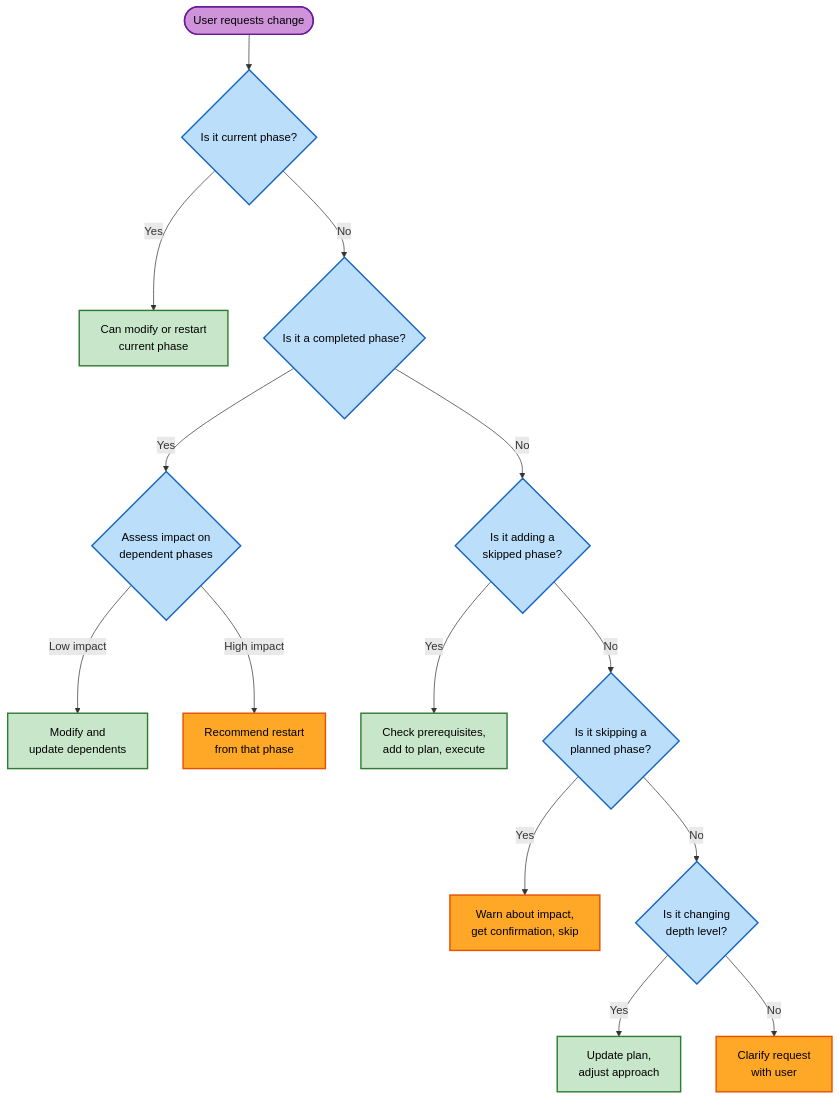
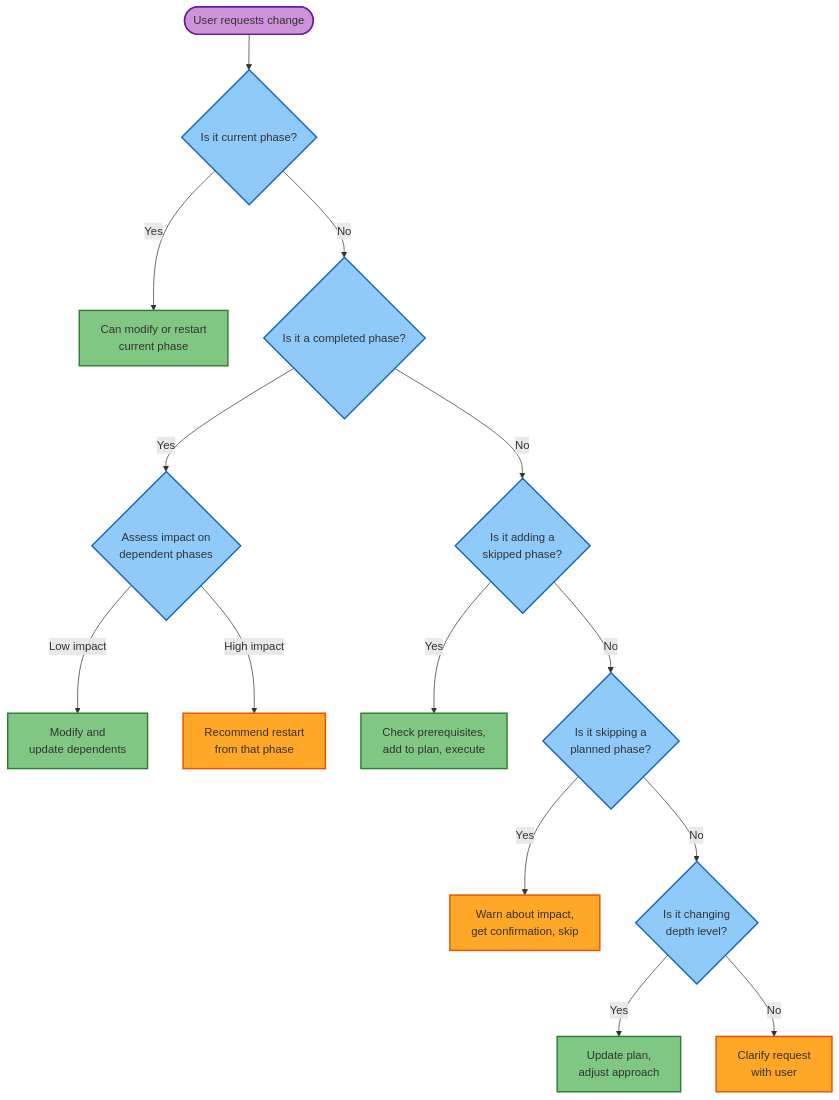
Before and after one commit to premkumarjanagarajan/fluid-flow-ai: the diagram in main-workflow/workflows/aws/memory/common/workflow-changes.md, drawn with Mermaid. The commit also changed 12 other files, not shown here.

First line of the commit message:
Update Mermaid diagram styles for dark and light theme compatibility

````diff
--- a/main-workflow/workflows/aws/memory/common/workflow-changes.md
+++ b/main-workflow/workflows/aws/memory/common/workflow-changes.md
@@ -229,51 +229,51 @@
 ```mermaid
 flowchart TD
     Start(["User requests change"])
 
     Q1{"Is it current phase?"}
     A1Y["Can modify or restart<br/>current phase"]
 
     Q2{"Is it a completed phase?"}
     Q2A{"Assess impact on<br/>dependent phases"}
     A2Low["Modify and<br/>update dependents"]
     A2High["Recommend restart<br/>from that phase"]
 
     Q3{"Is it adding a<br/>skipped phase?"}
     A3Y["Check prerequisites,<br/>add to plan, execute"]
 
     Q4{"Is it skipping a<br/>planned phase?"}
     A4Y["Warn about impact,<br/>get confirmation, skip"]
 
     Q5{"Is it changing<br/>depth level?"}
     A5Y["Update plan,<br/>adjust approach"]
     A5N["Clarify request<br/>with user"]
 
     Start --> Q1
     Q1 -->|Yes| A1Y
     Q1 -->|No| Q2
     Q2 -->|Yes| Q2A
     Q2 -->|No| Q3
     Q2A -->|Low impact| A2Low
     Q2A -->|High impact| A2High
     Q3 -->|Yes| A3Y
     Q3 -->|No| Q4
     Q4 -->|Yes| A4Y
     Q4 -->|No| Q5
     Q5 -->|Yes| A5Y
     Q5 -->|No| A5N
 
-    style Start fill:#CE93D8,stroke:#6A1B9A,stroke-width:2px,color:#000
-    style Q1 fill:#BBDEFB,stroke:#1565C0,stroke-width:2px,color:#000
-    style Q2 fill:#BBDEFB,stroke:#1565C0,stroke-width:2px,color:#000
-    style Q2A fill:#BBDEFB,stroke:#1565C0,stroke-width:2px,color:#000
-    style Q3 fill:#BBDEFB,stroke:#1565C0,stroke-width:2px,color:#000
-    style Q4 fill:#BBDEFB,stroke:#1565C0,stroke-width:2px,color:#000
-    style Q5 fill:#BBDEFB,stroke:#1565C0,stroke-width:2px,color:#000
-    style A1Y fill:#C8E6C9,stroke:#2E7D32,stroke-width:2px,color:#000
-    style A2Low fill:#C8E6C9,stroke:#2E7D32,stroke-width:2px,color:#000
-    style A2High fill:#FFA726,stroke:#E65100,stroke-width:2px,color:#000
-    style A3Y fill:#C8E6C9,stroke:#2E7D32,stroke-width:2px,color:#000
-    style A4Y fill:#FFA726,stroke:#E65100,stroke-width:2px,color:#000
-    style A5Y fill:#C8E6C9,stroke:#2E7D32,stroke-width:2px,color:#000
-    style A5N fill:#FFA726,stroke:#E65100,stroke-width:2px,color:#000
+    style Start fill:#CE93D8,stroke:#6A1B9A,stroke-width:2px
+    style Q1 fill:#90CAF9,stroke:#1565C0,stroke-width:2px
+    style Q2 fill:#90CAF9,stroke:#1565C0,stroke-width:2px
+    style Q2A fill:#90CAF9,stroke:#1565C0,stroke-width:2px
+    style Q3 fill:#90CAF9,stroke:#1565C0,stroke-width:2px
+    style Q4 fill:#90CAF9,stroke:#1565C0,stroke-width:2px
+    style Q5 fill:#90CAF9,stroke:#1565C0,stroke-width:2px
+    style A1Y fill:#81C784,stroke:#2E7D32,stroke-width:2px
+    style A2Low fill:#81C784,stroke:#2E7D32,stroke-width:2px
+    style A2High fill:#FFA726,stroke:#E65100,stroke-width:2px
+    style A3Y fill:#81C784,stroke:#2E7D32,stroke-width:2px
+    style A4Y fill:#FFA726,stroke:#E65100,stroke-width:2px
+    style A5Y fill:#81C784,stroke:#2E7D32,stroke-width:2px
+    style A5N fill:#FFA726,stroke:#E65100,stroke-width:2px
 ```
````
